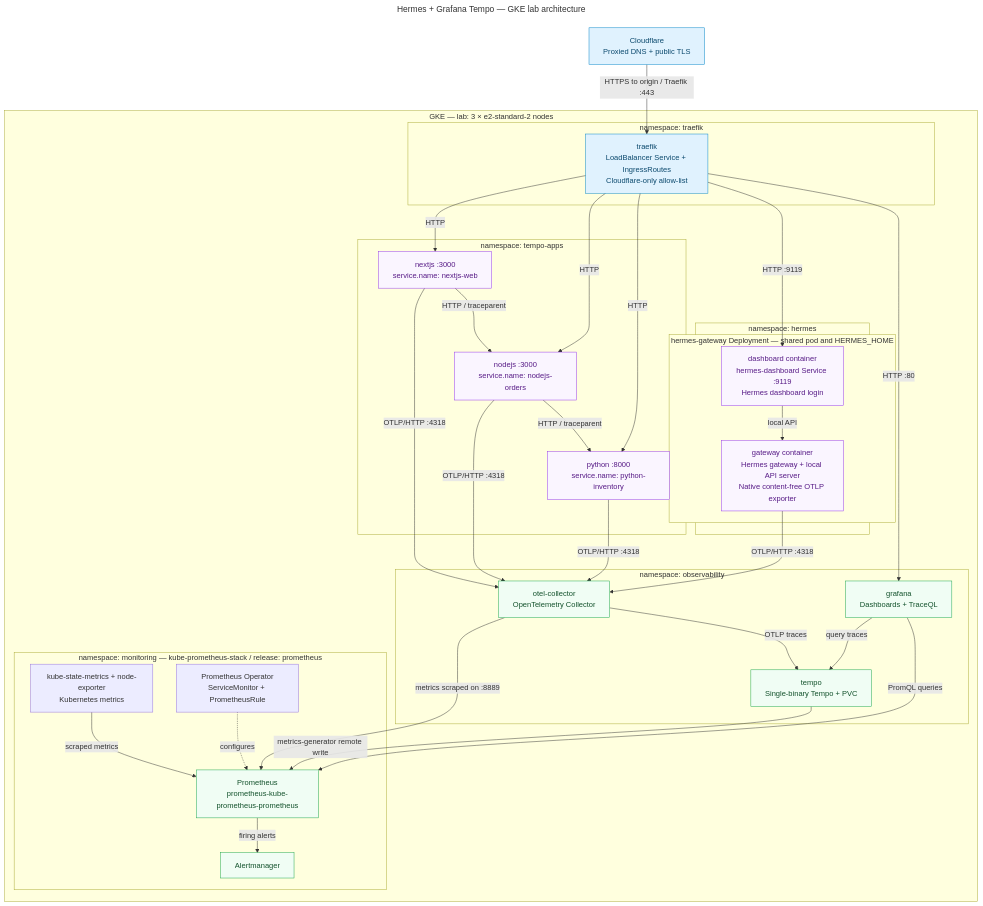
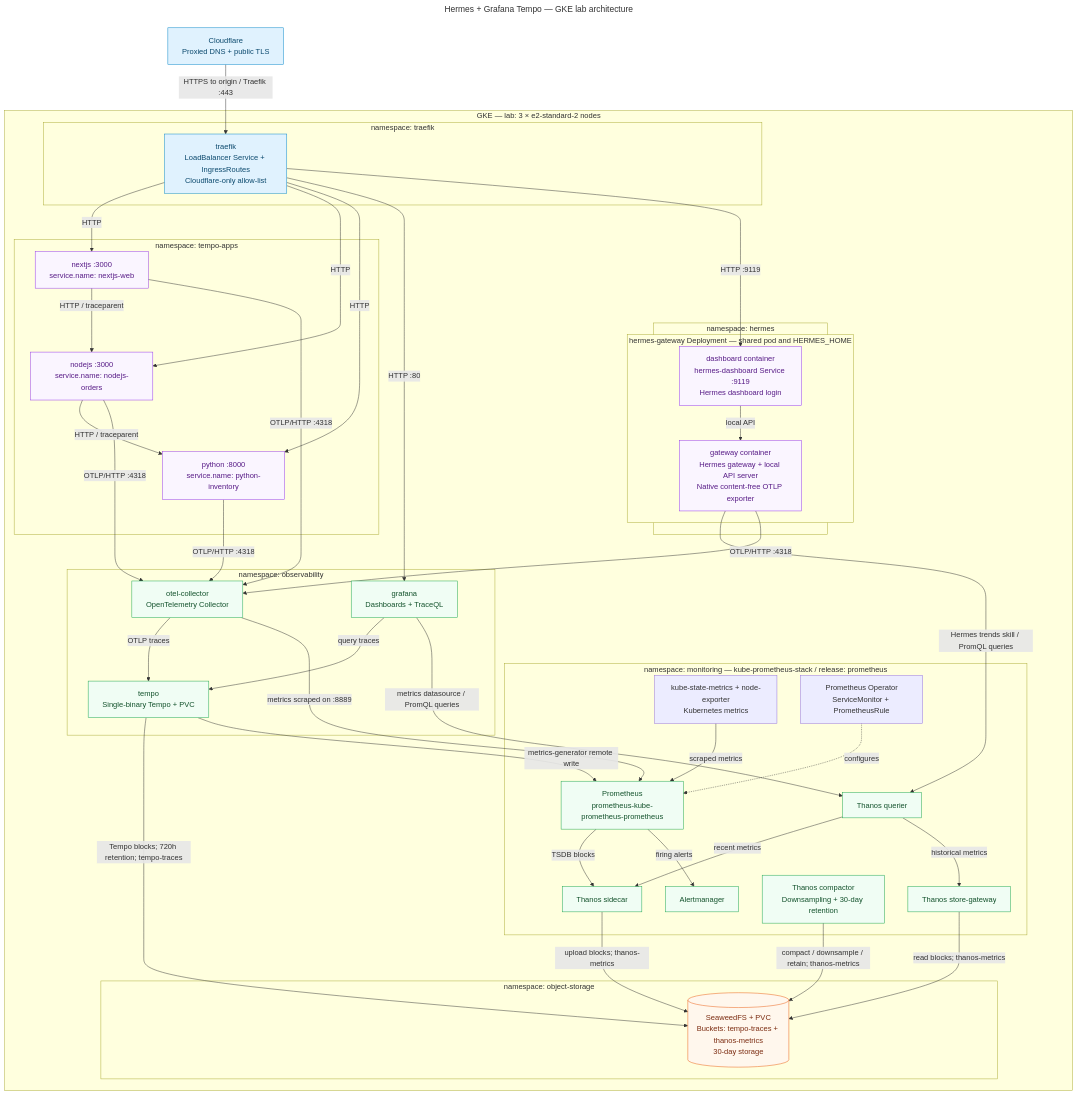
The diagram in hermes-grafana-tempo/docs/diagrams/architecture.mmd (ch-muhammad-asim/OpenDevOps), drawn with Mermaid before and after one commit. The commit also changed 85 other files, not shown here.

Commit message:
Add 30-day retention with Thanos and object storage to hermes-grafana-tempo, fix the Tempo Operational dashboard and alert rules, scope the Hermes observability skill to the Thanos querier, and document every dashboard and stress test

```diff
--- a/hermes-grafana-tempo/docs/diagrams/architecture.mmd
+++ b/hermes-grafana-tempo/docs/diagrams/architecture.mmd
@@ -1,57 +1,74 @@
 ---
 title: Hermes + Grafana Tempo — GKE lab architecture
 ---
 flowchart TB
   %% Sources: README.md, hermes/README.md, helm/*, apps/*, k8s/*, scripts/*.
   %% Namespace boundaries are logical; workloads are scheduled across the node pool.
   cf["Cloudflare<br/>Proxied DNS + public TLS"]
   subgraph gke["GKE — lab: 3 × e2-standard-2 nodes"]
     subgraph edge["namespace: traefik"]
       tr["traefik<br/>LoadBalancer Service + IngressRoutes<br/>Cloudflare-only allow-list"]
     end
     subgraph apps["namespace: tempo-apps"]
       nx["nextjs :3000<br/>service.name: nextjs-web"]
       nd["nodejs :3000<br/>service.name: nodejs-orders"]
       py["python :8000<br/>service.name: python-inventory"]
       nx -->|HTTP / traceparent| nd
       nd -->|HTTP / traceparent| py
     end
     subgraph hermes["namespace: hermes"]
       subgraph pod["hermes-gateway Deployment — shared pod and HERMES_HOME"]
         dash["dashboard container<br/>hermes-dashboard Service :9119<br/>Hermes dashboard login"]
         gw["gateway container<br/>Hermes gateway + local API server<br/>Native content-free OTLP exporter"]
         dash -->|local API| gw
       end
     end
     subgraph obs["namespace: observability"]
       col["otel-collector<br/>OpenTelemetry Collector"]
       tempo["tempo<br/>Single-binary Tempo + PVC"]
       graf["grafana<br/>Dashboards + TraceQL"]
       col -->|OTLP traces| tempo
       graf -->|query traces| tempo
     end
     subgraph mon["namespace: monitoring — kube-prometheus-stack / release: prometheus"]
       prom["Prometheus<br/>prometheus-kube-prometheus-prometheus"]
+      sidecar["Thanos sidecar"]
+      store["Thanos store-gateway"]
+      querier["Thanos querier"]
+      compactor["Thanos compactor<br/>Downsampling + 30-day retention"]
+      prom -->|TSDB blocks| sidecar
+      querier -->|recent metrics| sidecar
+      querier -->|historical metrics| store
       am["Alertmanager"]
       exporters["kube-state-metrics + node-exporter<br/>Kubernetes metrics"]
       operator["Prometheus Operator<br/>ServiceMonitor + PrometheusRule"]
       exporters -->|scraped metrics| prom
       operator -.->|configures| prom
       prom -->|firing alerts| am
     end
+    subgraph storage["namespace: object-storage"]
+      seaweed[("SeaweedFS + PVC<br/>Buckets: tempo-traces + thanos-metrics<br/>30-day storage")]
+    end
+    tempo -->|Tempo blocks; 720h retention; tempo-traces| seaweed
+    sidecar -->|upload blocks; thanos-metrics| seaweed
+    store -->|read blocks; thanos-metrics| seaweed
+    compactor -->|compact / downsample / retain; thanos-metrics| seaweed
+    gw -->|Hermes trends skill / PromQL queries| querier
     tr -->|HTTP| nx & nd & py
     tr -->|HTTP :80| graf
     tr -->|HTTP :9119| dash
     nx & nd & py -->|OTLP/HTTP :4318| col
     gw -->|OTLP/HTTP :4318| col
     col -->|metrics scraped on :8889| prom
     tempo -->|metrics-generator remote write| prom
-    graf -->|PromQL queries| prom
+    graf -->|metrics datasource / PromQL queries| querier
   end
   cf -->|HTTPS to origin / Traefik :443| tr
   classDef edgeStyle fill:#e0f2fe,stroke:#0284c7,color:#0c4a6e
   classDef telemetry fill:#f0fdf4,stroke:#16a34a,color:#14532d
+  classDef storageStyle fill:#fff7ed,stroke:#ea580c,color:#7c2d12
   classDef workload fill:#faf5ff,stroke:#9333ea,color:#581c87
   class cf,tr edgeStyle
-  class col,tempo,graf,prom,am telemetry
+  class col,tempo,graf,prom,am,sidecar,store,querier,compactor telemetry
+  class seaweed storageStyle
   class nx,nd,py,dash,gw workload
```
